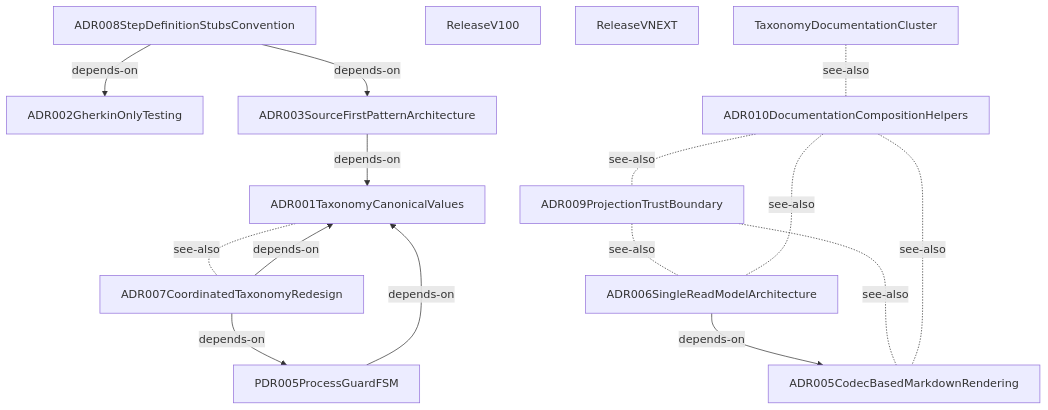
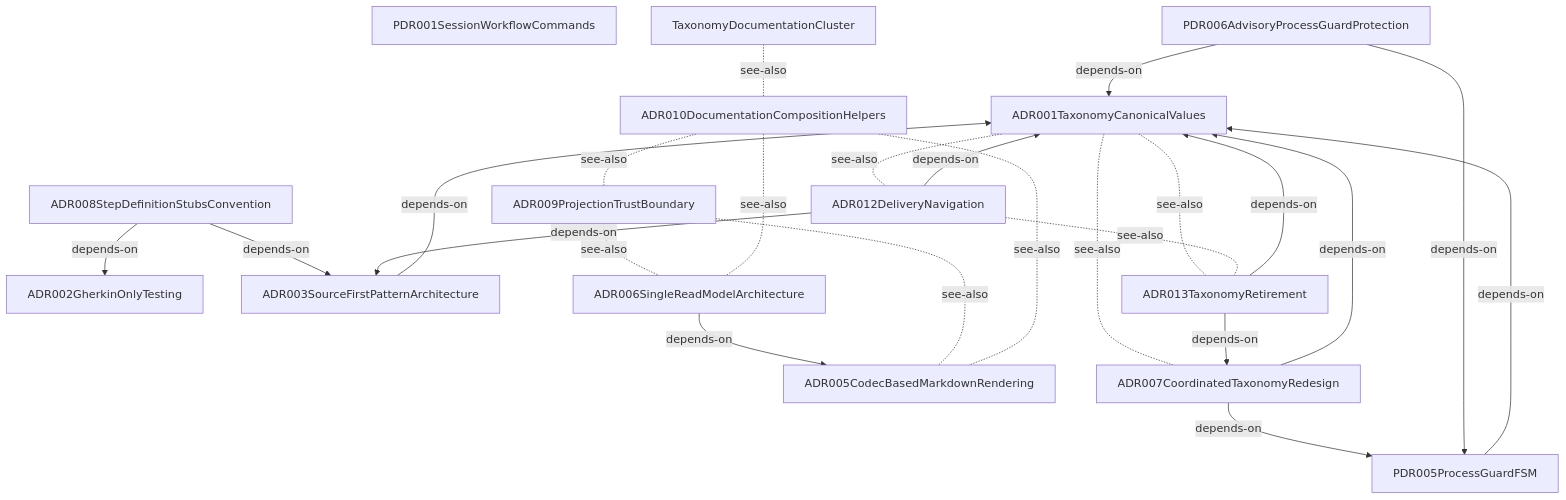
The seventh of 8 diagrams in docs-live/architecture/package-seam.md (libar-dev/architect), drawn with Mermaid before and after one commit. The commit also changed other lines of this file and 240 other files, not shown here.

````diff
--- a/docs-live/architecture/package-seam.md
+++ b/docs-live/architecture/package-seam.md
@@ -255,30 +252,41 @@
 ```mermaid
 graph TD
   adr001taxonomycanonicalvalues["ADR001TaxonomyCanonicalValues"]
   adr002gherkinonlytesting["ADR002GherkinOnlyTesting"]
   adr003sourcefirstpatternarchitecture["ADR003SourceFirstPatternArchitecture"]
   adr005codecbasedmarkdownrendering["ADR005CodecBasedMarkdownRendering"]
   adr006singlereadmodelarchitecture["ADR006SingleReadModelArchitecture"]
   adr007coordinatedtaxonomyredesign["ADR007CoordinatedTaxonomyRedesign"]
   adr008stepdefinitionstubsconvention["ADR008StepDefinitionStubsConvention"]
   adr009projectiontrustboundary["ADR009ProjectionTrustBoundary"]
   adr010documentationcompositionhelpers["ADR010DocumentationCompositionHelpers"]
+  adr012deliverynavigation["ADR012DeliveryNavigation"]
+  adr013taxonomyretirement["ADR013TaxonomyRetirement"]
+  pdr001sessionworkflowcommands["PDR001SessionWorkflowCommands"]
   pdr005processguardfsm["PDR005ProcessGuardFSM"]
-  releasev100["ReleaseV100"]
-  releasevnext["ReleaseVNEXT"]
+  pdr006advisoryprocessguardprotection["PDR006AdvisoryProcessGuardProtection"]
   taxonomydocumentationcluster["TaxonomyDocumentationCluster"]
   adr001taxonomycanonicalvalues -. see-also .- adr007coordinatedtaxonomyredesign
+  adr001taxonomycanonicalvalues -. see-also .- adr012deliverynavigation
+  adr001taxonomycanonicalvalues -. see-also .- adr013taxonomyretirement
   adr003sourcefirstpatternarchitecture -->|depends-on| adr001taxonomycanonicalvalues
   adr006singlereadmodelarchitecture -->|depends-on| adr005codecbasedmarkdownrendering
   adr007coordinatedtaxonomyredesign -->|depends-on| adr001taxonomycanonicalvalues
   adr007coordinatedtaxonomyredesign -->|depends-on| pdr005processguardfsm
   adr008stepdefinitionstubsconvention -->|depends-on| adr002gherkinonlytesting
   adr008stepdefinitionstubsconvention -->|depends-on| adr003sourcefirstpatternarchitecture
   adr009projectiontrustboundary -. see-also .- adr005codecbasedmarkdownrendering
   adr009projectiontrustboundary -. see-also .- adr006singlereadmodelarchitecture
   adr010documentationcompositionhelpers -. see-also .- adr005codecbasedmarkdownrendering
   adr010documentationcompositionhelpers -. see-also .- adr006singlereadmodelarchitecture
   adr010documentationcompositionhelpers -. see-also .- adr009projectiontrustboundary
+  adr012deliverynavigation -->|depends-on| adr001taxonomycanonicalvalues
+  adr012deliverynavigation -->|depends-on| adr003sourcefirstpatternarchitecture
+  adr012deliverynavigation -. see-also .- adr013taxonomyretirement
+  adr013taxonomyretirement -->|depends-on| adr001taxonomycanonicalvalues
+  adr013taxonomyretirement -->|depends-on| adr007coordinatedtaxonomyredesign
   pdr005processguardfsm -->|depends-on| adr001taxonomycanonicalvalues
+  pdr006advisoryprocessguardprotection -->|depends-on| adr001taxonomycanonicalvalues
+  pdr006advisoryprocessguardprotection -->|depends-on| pdr005processguardfsm
   taxonomydocumentationcluster -. see-also .- adr010documentationcompositionhelpers
 ```
````
